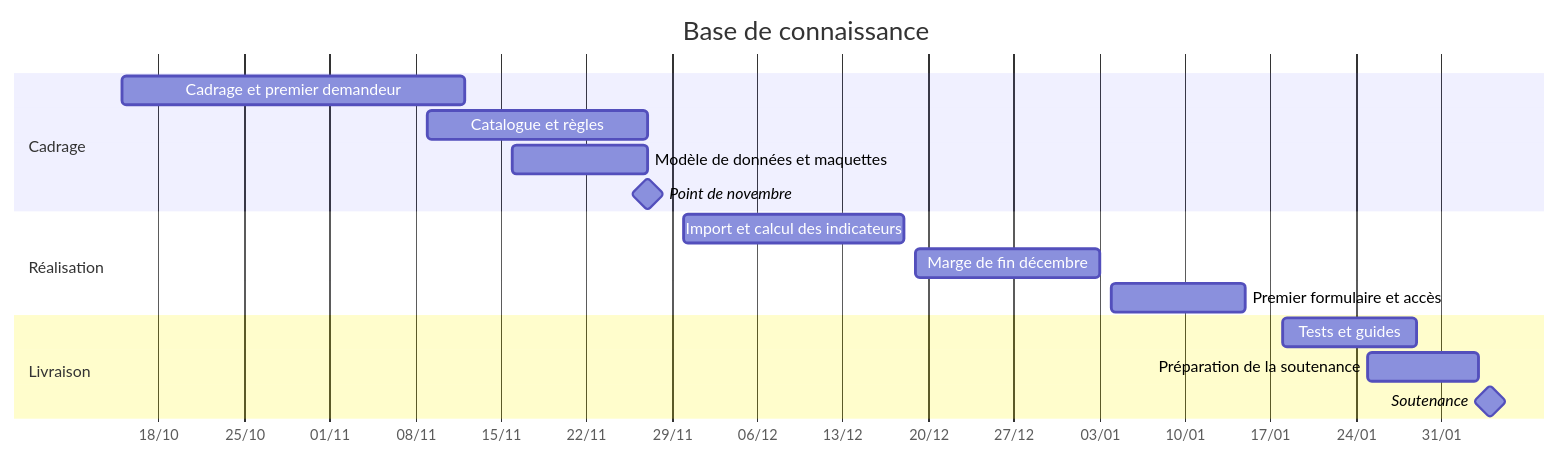
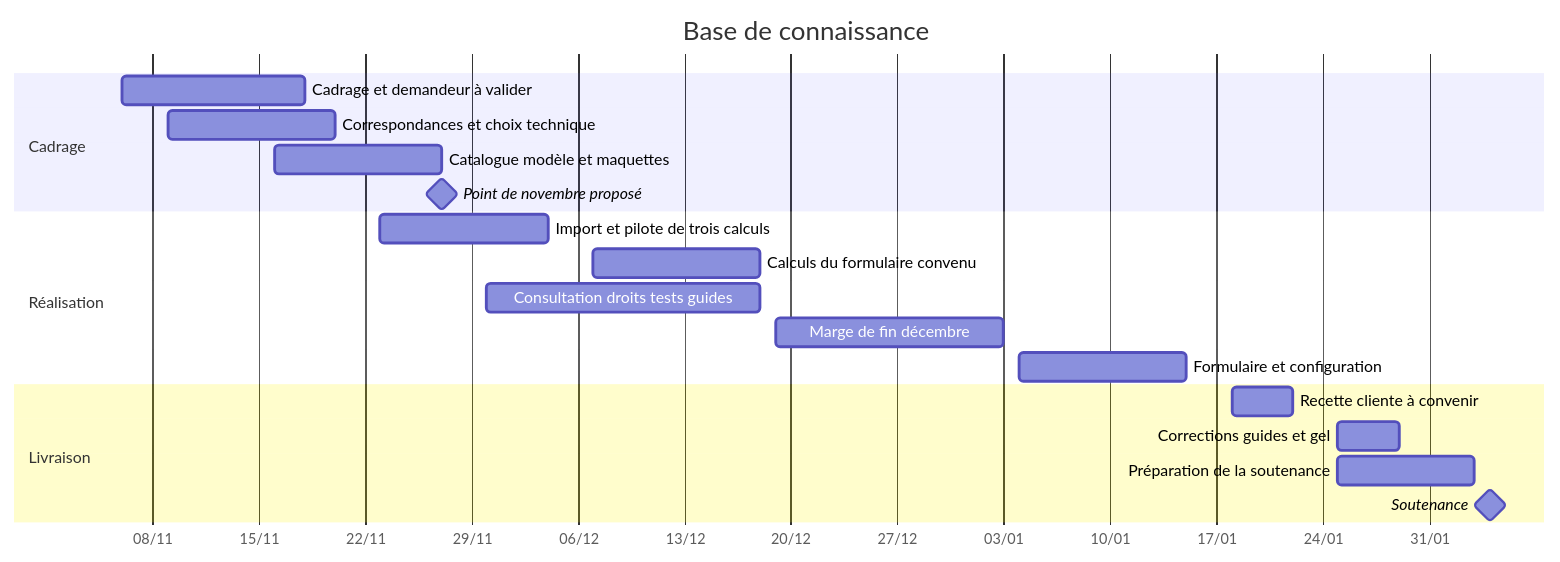
One commit to Flavien241/base-de-connaissance changed the diagram in docs/planning.md. Above: the diagram before and after it, drawn with Mermaid. The commit also changed other lines of this file and 15 other files, not shown here.

````diff
--- a/docs/planning.md
+++ b/docs/planning.md
@@ -7,19 +7,22 @@
 ```mermaid
 gantt
     title Base de connaissance
     dateFormat YYYY-MM-DD
     axisFormat %d/%m
     section Cadrage
-    Cadrage et premier demandeur       :c1, 2026-10-15, 2026-11-12
-    Catalogue et règles               :c2, 2026-11-09, 2026-11-27
-    Modèle de données et maquettes     :c3, 2026-11-16, 2026-11-27
-    Point de novembre                 :milestone, 2026-11-27, 0d
+    Cadrage et demandeur à valider     :c1, 2026-11-06, 2026-11-18
+    Correspondances et choix technique :c2, 2026-11-09, 2026-11-20
+    Catalogue modèle et maquettes     :c3, 2026-11-16, 2026-11-27
+    Point de novembre proposé         :milestone, 2026-11-27, 0d
     section Réalisation
-    Import et calcul des indicateurs  :p1, 2026-11-30, 2026-12-18
+    Import et pilote de trois calculs :p1, 2026-11-23, 2026-12-04
+    Calculs du formulaire convenu     :p2, 2026-12-07, 2026-12-18
+    Consultation droits tests guides :p3, 2026-11-30, 2026-12-18
     Marge de fin décembre             :2026-12-19, 2027-01-03
-    Premier formulaire et accès       :p2, 2027-01-04, 2027-01-15
+    Formulaire et configuration       :p4, 2027-01-04, 2027-01-15
     section Livraison
-    Tests et guides                   :r1, 2027-01-18, 2027-01-29
+    Recette cliente à convenir        :r1, 2027-01-18, 2027-01-22
+    Corrections guides et gel         :r2, 2027-01-25, 2027-01-29
     Préparation de la soutenance      :r2, 2027-01-25, 2027-02-03
     Soutenance                        :milestone, 2027-02-04, 0d
 ```
````
